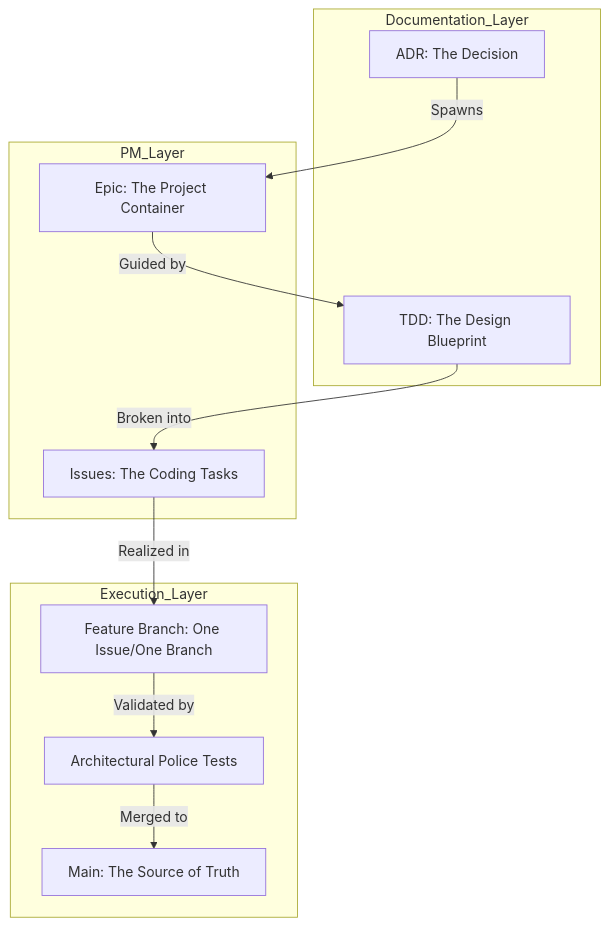
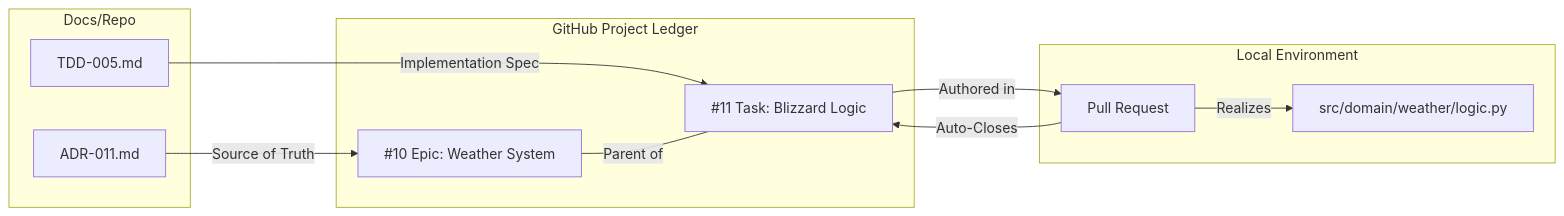
One commit to mnaatjes/oregon-trail-clone changed the diagram in docs/explanation/reports/adr/011_development_lifecycle_workflow.md. Above: the diagram before and after it, drawn with Mermaid. The commit also changed other lines of this file and 1 other file, not shown here.

Commit message:
tdd addendum

````diff
--- a/docs/explanation/reports/adr/011_development_lifecycle_workflow.md
+++ b/docs/explanation/reports/adr/011_development_lifecycle_workflow.md
@@ -46,25 +95,25 @@
 ```mermaid
-graph TD
-    ADR[ADR: The Decision] -->|Spawns| Epic[Epic: The Project Container]
-    Epic -->|Guided by| TDD[TDD: The Design Blueprint]
-    TDD -->|Broken into| Issues[Issues: The Coding Tasks]
-    Issues -->|Realized in| Branch[Feature Branch: One Issue/One Branch]
-    Branch -->|Validated by| Police[Architectural Police Tests]
-    Police -->|Merged to| Main[Main: The Source of Truth]
-
-    subgraph Documentation_Layer
-        ADR
-        TDD
+graph LR
+    subgraph Repo_Docs [Docs/Repo]
+        ADR_File[ADR-011.md]
+        TDD_File[TDD-005.md]
     end
 
-    subgraph PM_Layer
-        Epic
-        Issues
+    subgraph GH_Project [GitHub Project Ledger]
+        Epic[#10 Epic: Weather System]
+        Task[#11 Task: Blizzard Logic]
     end
 
-    subgraph Execution_Layer
-        Branch
-        Police
-        Main
+    ADR_File -->|Source of Truth| Epic
+    TDD_File -->|Implementation Spec| Task
+    Epic ---|Parent of| Task
+
+    subgraph Development [Local Environment]
+        PR[Pull Request]
+        Code[src/domain/weather/logic.py]
     end
+
+    Task -->|Authored in| PR
+    PR -->|Realizes| Code
+    PR -->|Auto-Closes| Task
 ```
````
